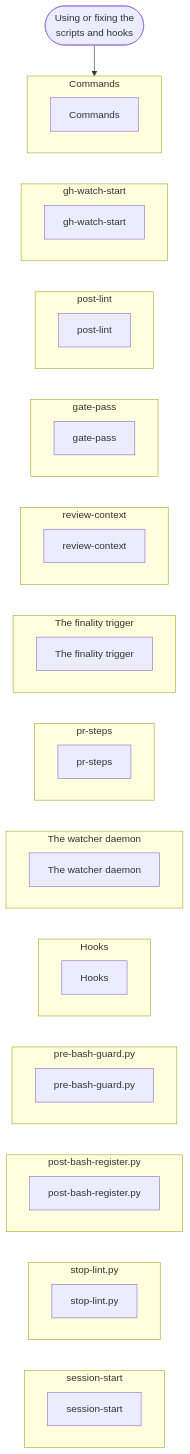
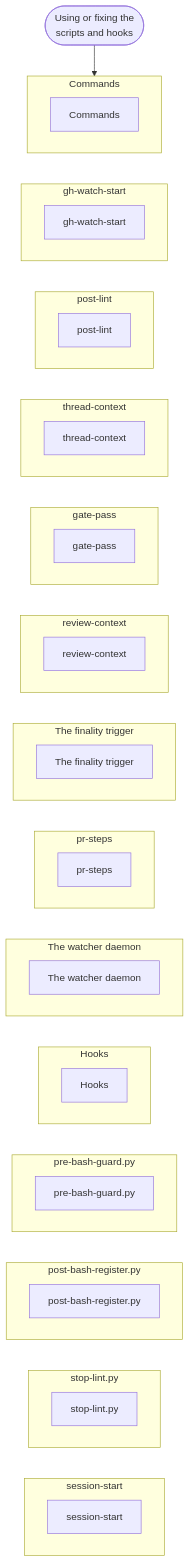
One commit to nitedani/mergeworthy changed diagram 17 of 17 in docs/graphs.md. Above: the diagram before and after it, drawn with Mermaid. The commit also changed other lines of this file and 11 other files, not shown here.

First line of the commit message:
thread-context: every reply is drafted from the whole thread record, by a drafter subagent

````diff
--- a/docs/graphs.md
+++ b/docs/graphs.md
@@ -472,56 +474,60 @@
 ```mermaid
 flowchart TB
   start(["Using or fixing the<br/>scripts and hooks"])
   subgraph g0["Commands"]
     s0["Commands"]
   end
   subgraph g1["gh-watch-start"]
     s1["gh-watch-start"]
   end
   subgraph g2["post-lint"]
     s2["post-lint"]
   end
-  subgraph g3["gate-pass"]
-    s3["gate-pass"]
+  subgraph g3["thread-context"]
+    s3["thread-context"]
   end
-  subgraph g4["review-context"]
-    s4["review-context"]
+  subgraph g4["gate-pass"]
+    s4["gate-pass"]
   end
-  subgraph g5["The finality trigger"]
-    s5["The finality trigger"]
+  subgraph g5["review-context"]
+    s5["review-context"]
   end
-  subgraph g6["pr-steps"]
-    s6["pr-steps"]
+  subgraph g6["The finality trigger"]
+    s6["The finality trigger"]
   end
-  subgraph g7["The watcher daemon"]
-    s7["The watcher daemon"]
+  subgraph g7["pr-steps"]
+    s7["pr-steps"]
   end
-  subgraph g8["Hooks"]
-    s8["Hooks"]
+  subgraph g8["The watcher daemon"]
+    s8["The watcher daemon"]
   end
-  subgraph g9["pre-bash-guard.py"]
-    s9["pre-bash-guard.py"]
+  subgraph g9["Hooks"]
+    s9["Hooks"]
   end
-  subgraph g10["post-bash-register.py"]
-    s10["post-bash-register.py"]
+  subgraph g10["pre-bash-guard.py"]
+    s10["pre-bash-guard.py"]
   end
-  subgraph g11["stop-lint.py"]
-    s11["stop-lint.py"]
+  subgraph g11["post-bash-register.py"]
+    s11["post-bash-register.py"]
   end
-  subgraph g12["session-start"]
-    s12["session-start"]
+  subgraph g12["stop-lint.py"]
+    s12["stop-lint.py"]
+  end
+  subgraph g13["session-start"]
+    s13["session-start"]
   end
   start --> g0
   g0 ~~~ g1
   g1 ~~~ g2
   g2 ~~~ g3
   g3 ~~~ g4
   g4 ~~~ g5
   g5 ~~~ g6
   g6 ~~~ g7
   g7 ~~~ g8
   g8 ~~~ g9
   g9 ~~~ g10
   g10 ~~~ g11
   g11 ~~~ g12
+  g12 ~~~ g13
 ```
````
